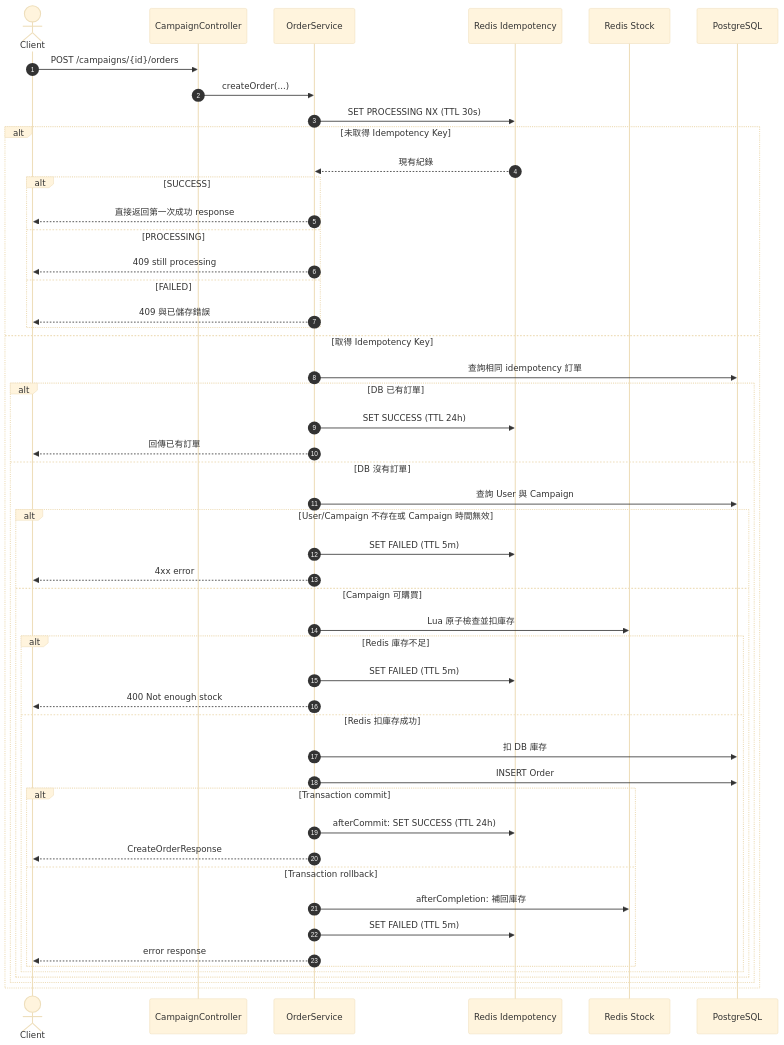
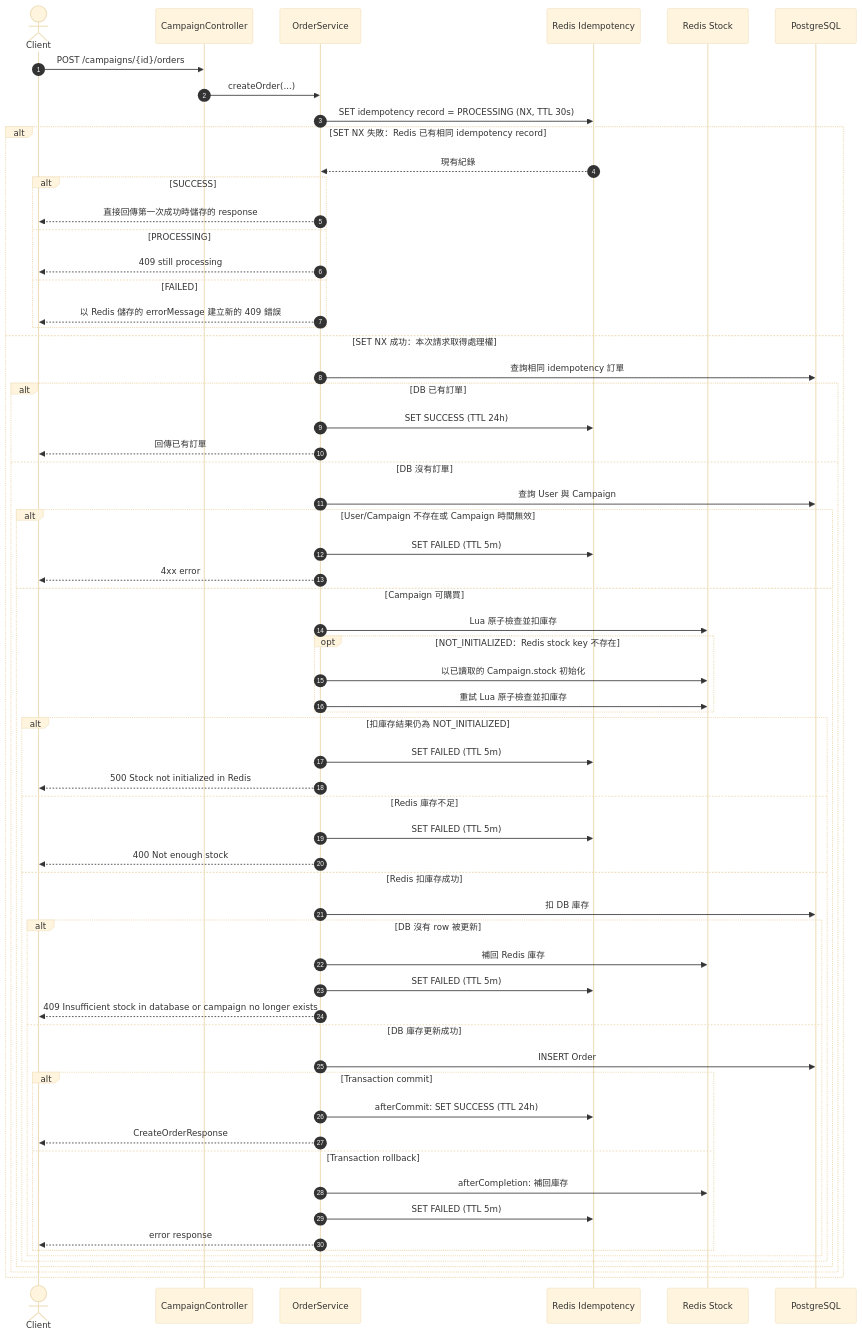
Before and after one commit to ALICE-YEN/poprush-backend: the diagram in docs/architecture/order-creation-sequence.md, drawn with Mermaid (base theme). The commit also changed other lines of this file and 1 other file, not shown here.

Commit message:
feat: order-creation-sequence.md update

````diff
--- a/docs/architecture/order-creation-sequence.md
+++ b/docs/architecture/order-creation-sequence.md
@@ -5,59 +5,74 @@
 ```mermaid
 sequenceDiagram
     autonumber
 
     actor Client
     participant API as CampaignController
     participant Service as OrderService
     participant Idem as Redis Idempotency
     participant Stock as Redis Stock
     participant DB as PostgreSQL
 
     Client->>API: POST /campaigns/{id}/orders
     API->>Service: createOrder(...)
-    Service->>Idem: SET PROCESSING NX (TTL 30s)
+    Service->>Idem: SET idempotency record = PROCESSING (NX, TTL 30s)
 
-    alt 未取得 Idempotency Key
+    alt SET NX 失敗：Redis 已有相同 idempotency record
         Idem-->>Service: 現有紀錄
         alt SUCCESS
-            Service-->>Client: 直接返回第一次成功 response
+            Service-->>Client: 直接回傳第一次成功時儲存的 response
         else PROCESSING
             Service-->>Client: 409 still processing
         else FAILED
-            Service-->>Client: 409 與已儲存錯誤
+            Service-->>Client: 以 Redis 儲存的 errorMessage 建立新的 409 錯誤
         end
-    else 取得 Idempotency Key
+    else SET NX 成功：本次請求取得處理權
         Service->>DB: 查詢相同 idempotency 訂單
 
         alt DB 已有訂單
             Service->>Idem: SET SUCCESS (TTL 24h)
             Service-->>Client: 回傳已有訂單
         else DB 沒有訂單
             Service->>DB: 查詢 User 與 Campaign
 
             alt User/Campaign 不存在或 Campaign 時間無效
                 Service->>Idem: SET FAILED (TTL 5m)
                 Service-->>Client: 4xx error
             else Campaign 可購買
                 Service->>Stock: Lua 原子檢查並扣庫存
 
-                alt Redis 庫存不足
+                opt NOT_INITIALIZED：Redis stock key 不存在
+                    Service->>Stock: 以已讀取的 Campaign.stock 初始化
+                    Service->>Stock: 重試 Lua 原子檢查並扣庫存
+                end
+
+                alt 扣庫存結果仍為 NOT_INITIALIZED
+                    Service->>Idem: SET FAILED (TTL 5m)
+                    Service-->>Client: 500 Stock not initialized in Redis
+                else Redis 庫存不足
                     Service->>Idem: SET FAILED (TTL 5m)
                     Service-->>Client: 400 Not enough stock
                 else Redis 扣庫存成功
                     Service->>DB: 扣 DB 庫存
-                    Service->>DB: INSERT Order
 
-                    alt Transaction commit
-                        Service->>Idem: afterCommit: SET SUCCESS (TTL 24h)
-                        Service-->>Client: CreateOrderResponse
-                    else Transaction rollback
-                        Service->>Stock: afterCompletion: 補回庫存
+                    alt DB 沒有 row 被更新
+                        Service->>Stock: 補回 Redis 庫存
                         Service->>Idem: SET FAILED (TTL 5m)
-                        Service-->>Client: error response
+                        Service-->>Client: 409 Insufficient stock in database or campaign no longer exists
+                    else DB 庫存更新成功
+                        Service->>DB: INSERT Order
+
+                        alt Transaction commit
+                            Service->>Idem: afterCommit: SET SUCCESS (TTL 24h)
+                            Service-->>Client: CreateOrderResponse
+                        else Transaction rollback
+                            Service->>Stock: afterCompletion: 補回庫存
+                            Service->>Idem: SET FAILED (TTL 5m)
+                            Service-->>Client: error response
+                        end
                     end
                 end
             end
         end
     end
 ```
````
